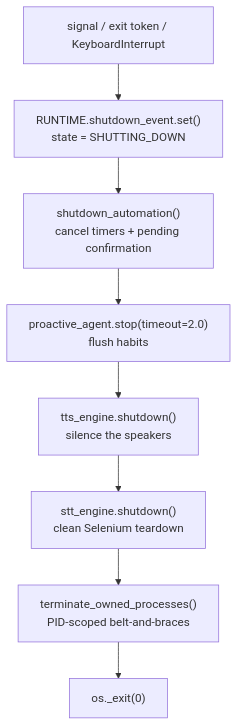
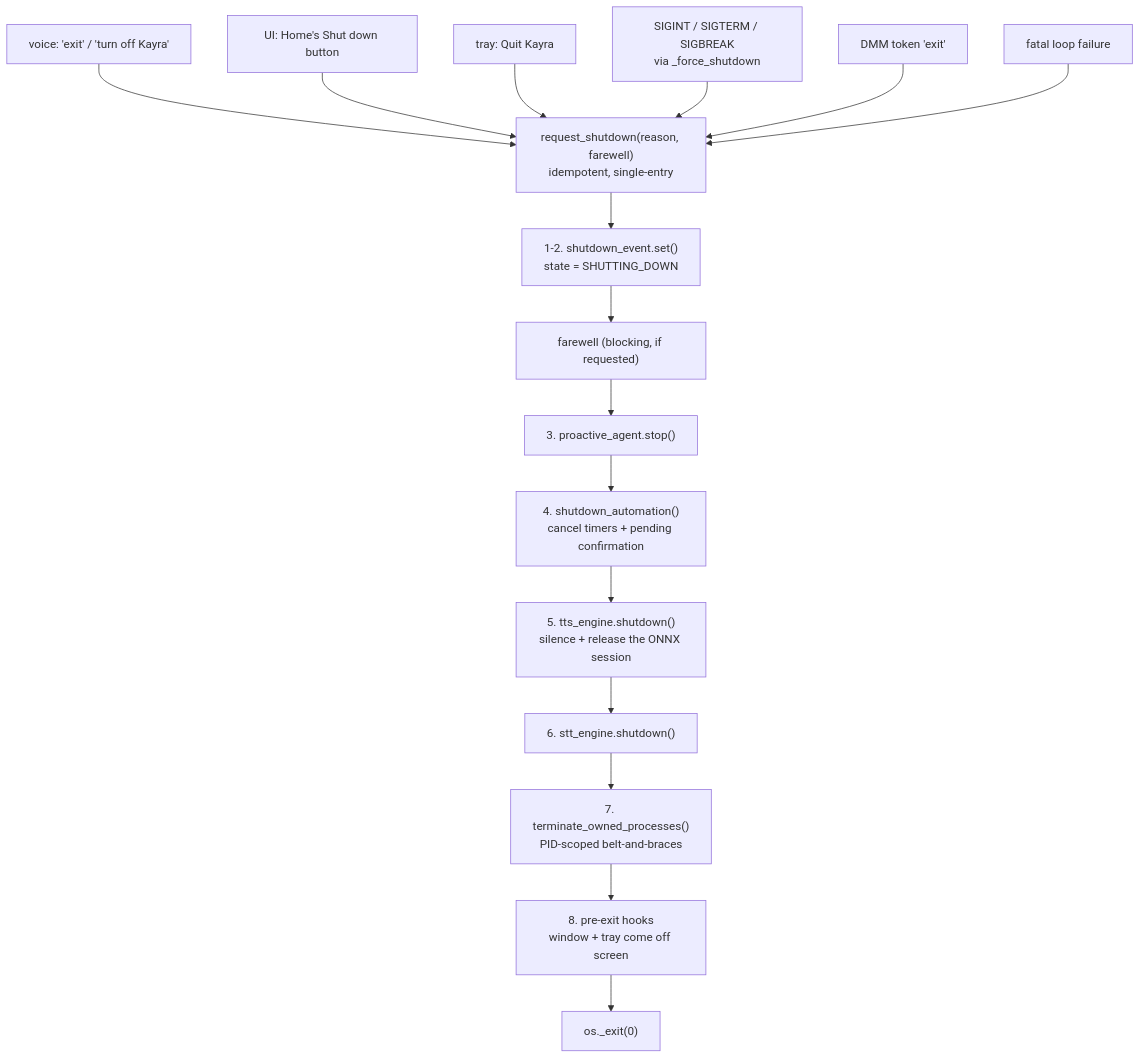
Before and after one commit to lucifer046/project-kayra: the tenth of 10 diagrams in docs/KAYRA_SYSTEM_ARCHITECTURE.md, drawn with Mermaid. The commit also changed other lines of this file and 49 other files, not shown here.

Commit message:
feat: added NVIDIA GPU automation for STT and other optamizations

````diff
--- a/docs/KAYRA_SYSTEM_ARCHITECTURE.md
+++ b/docs/KAYRA_SYSTEM_ARCHITECTURE.md
@@ -1295,10 +1664,19 @@
 ```mermaid
 flowchart TD
-    A["signal / exit token / KeyboardInterrupt"] --> B["RUNTIME.shutdown_event.set()<br/>state = SHUTTING_DOWN"]
-    B --> C["shutdown_automation()<br/>cancel timers + pending confirmation"]
-    C --> D["proactive_agent.stop(timeout=2.0)<br/>flush habits"]
-    D --> E["tts_engine.shutdown()<br/>silence the speakers"]
-    E --> F["stt_engine.shutdown()<br/>clean Selenium teardown"]
-    F --> G["terminate_owned_processes()<br/>PID-scoped belt-and-braces"]
-    G --> H["os._exit(0)"]
+    V["voice: 'exit' / 'turn off Kayra'"] --> R
+    U["UI: Home's Shut down button"] --> R
+    T["tray: Quit Kayra"] --> R
+    S["SIGINT / SIGTERM / SIGBREAK<br/>via _force_shutdown"] --> R
+    D["DMM token 'exit'"] --> R
+    F["fatal loop failure"] --> R
+    R["request_shutdown(reason, farewell)<br/>idempotent, single-entry"]
+    R --> B["1-2. shutdown_event.set()<br/>state = SHUTTING_DOWN"]
+    B --> W["farewell (blocking, if requested)"]
+    W --> C["3. proactive_agent.stop()"]
+    C --> E["4. shutdown_automation()<br/>cancel timers + pending confirmation"]
+    E --> G["5. tts_engine.shutdown()<br/>silence + release the ONNX session"]
+    G --> H["6. stt_engine.shutdown()"]
+    H --> I["7. terminate_owned_processes()<br/>PID-scoped belt-and-braces"]
+    I --> J["8. pre-exit hooks<br/>window + tray come off screen"]
+    J --> K["os._exit(0)"]
 ```
````
